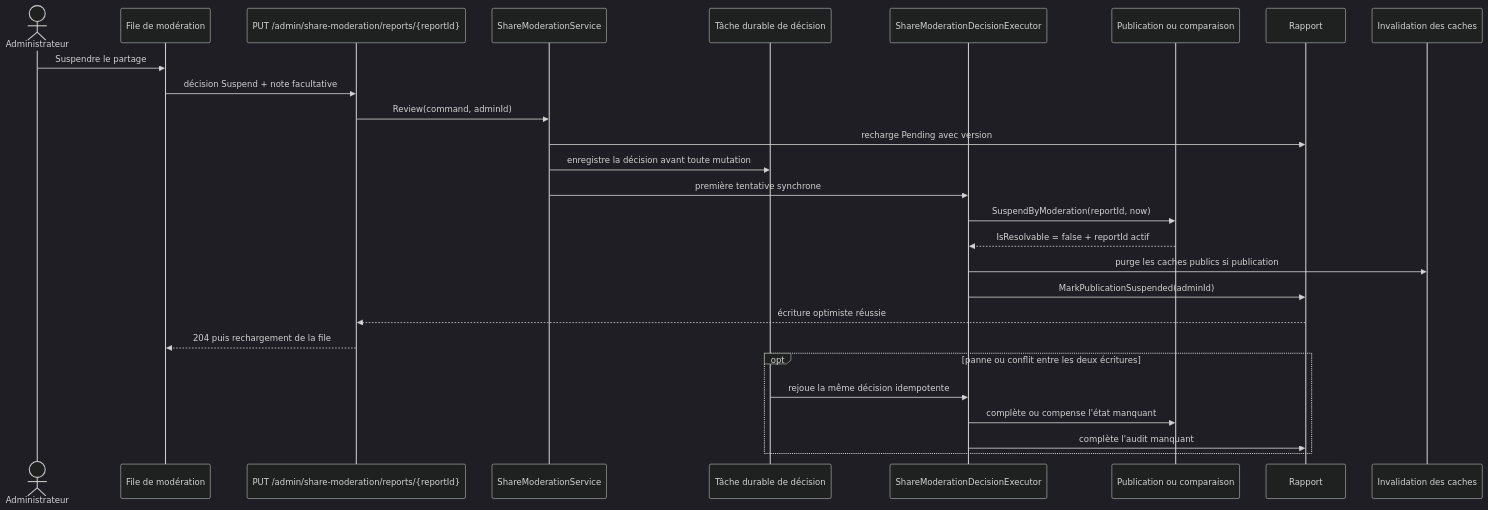
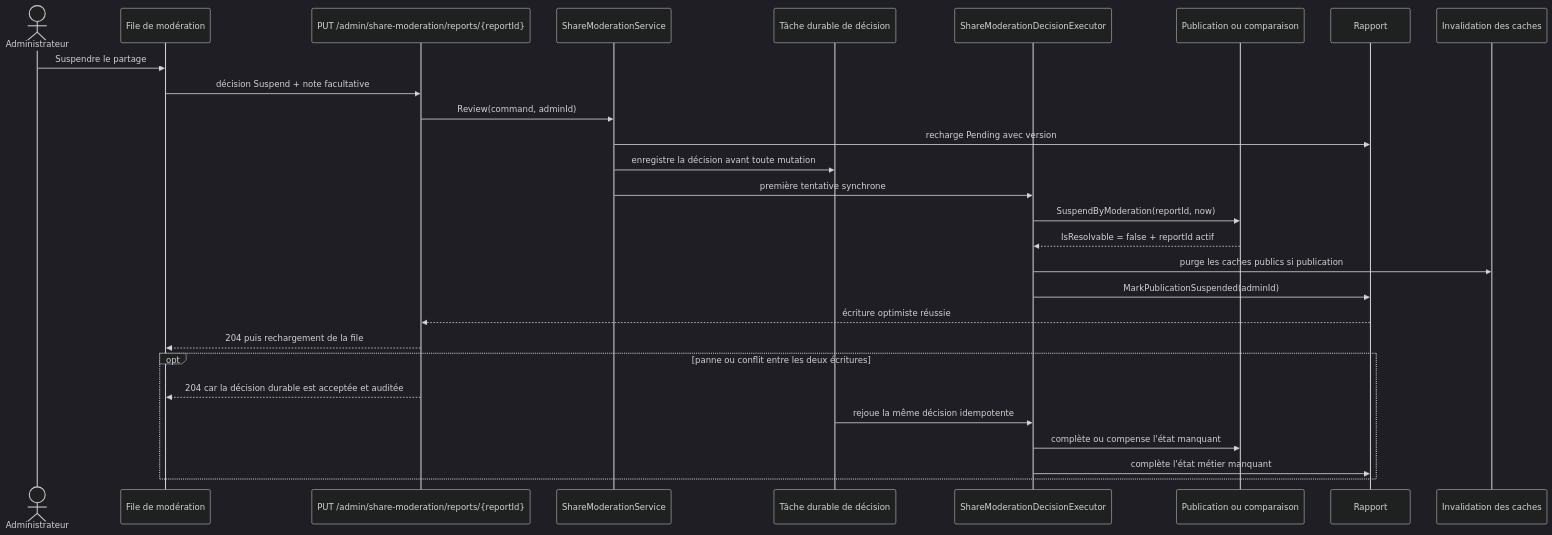
The third of 4 diagrams in docs/architecture/product-growth-share-13-public-share-moderation-2026-09-13.md (Ced59/AmusementParkProject), drawn with Mermaid (dark theme) before and after one commit. The commit also changed other lines of this file and 5 other files, not shown here.

````diff
--- a/docs/architecture/product-growth-share-13-public-share-moderation-2026-09-13.md
+++ b/docs/architecture/product-growth-share-13-public-share-moderation-2026-09-13.md
@@ -117,30 +117,31 @@
 ```mermaid
 sequenceDiagram
   actor A as Administrateur
   participant UI as File de modération
   participant API as PUT /admin/share-moderation/reports/{reportId}
   participant S as ShareModerationService
   participant J as Tâche durable de décision
   participant E as ShareModerationDecisionExecutor
   participant T as Publication ou comparaison
   participant R as Rapport
   participant C as Invalidation des caches
 
   A->>UI: Suspendre le partage
   UI->>API: décision Suspend + note facultative
   API->>S: Review(command, adminId)
   S->>R: recharge Pending avec version
   S->>J: enregistre la décision avant toute mutation
   S->>E: première tentative synchrone
   E->>T: SuspendByModeration(reportId, now)
   T-->>E: IsResolvable = false + reportId actif
   E->>C: purge les caches publics si publication
   E->>R: MarkPublicationSuspended(adminId)
   R-->>API: écriture optimiste réussie
   API-->>UI: 204 puis rechargement de la file
   opt panne ou conflit entre les deux écritures
+    API-->>UI: 204 car la décision durable est acceptée et auditée
     J->>E: rejoue la même décision idempotente
     E->>T: complète ou compense l'état manquant
-    E->>R: complète l'audit manquant
+    E->>R: complète l'état métier manquant
   end
 ```
````
